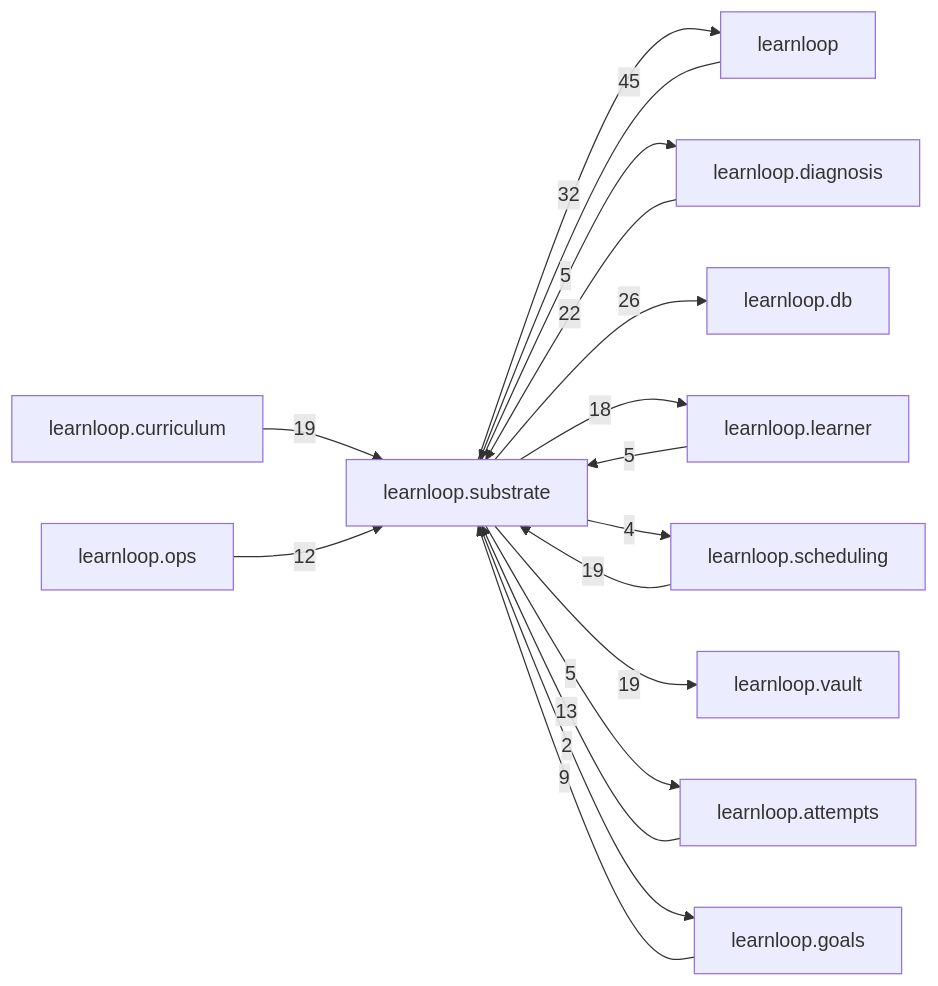
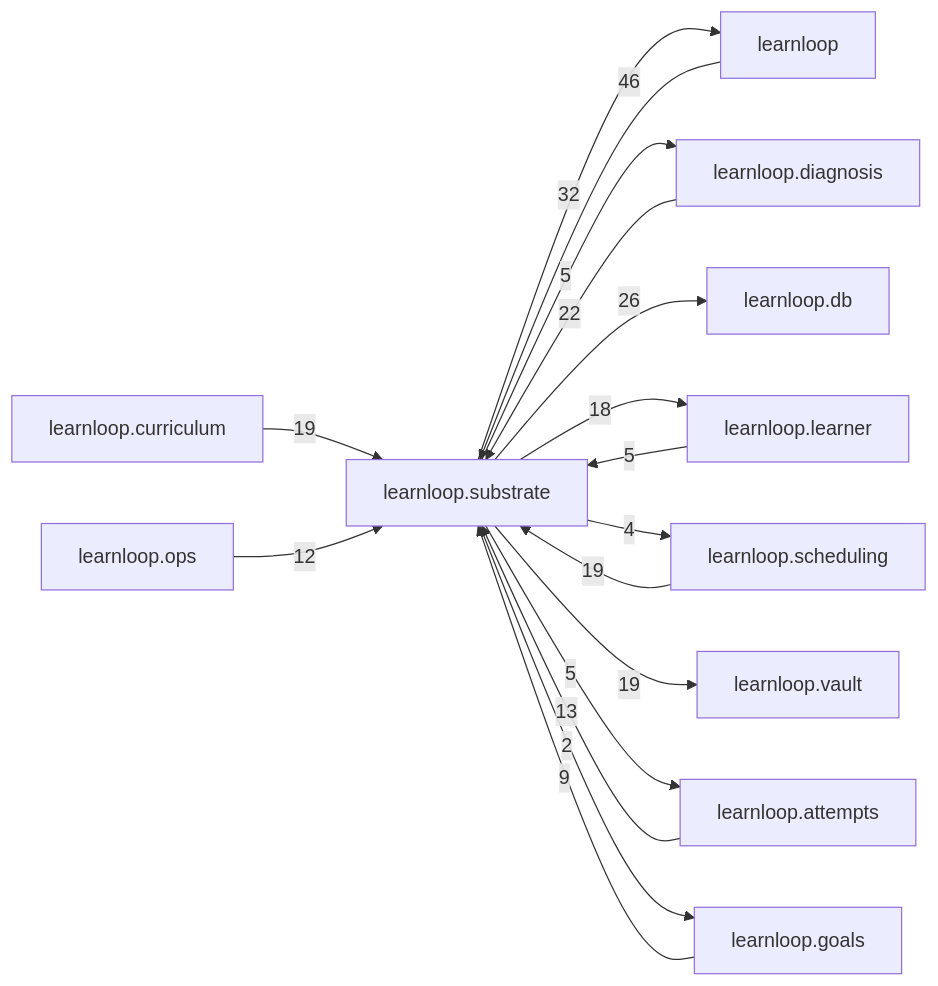
One commit to 6up-b/learnanything changed the diagram in docs/learnloop-architecture-vault/Reference/Modules/learnloop/substrate/_package.md. Above: the diagram before and after it, drawn with Mermaid. The commit also changed other lines of this file and 101 other files, not shown here.

First line of the commit message:
Figure wait estimate: references regenerated on the committed source (module, desktop, db; the config notes cite schema.py's moved lines, the new switch and module notes, _generated.md)

````diff
--- a/docs/learnloop-architecture-vault/Reference/Modules/learnloop/substrate/_package.md
+++ b/docs/learnloop-architecture-vault/Reference/Modules/learnloop/substrate/_package.md
@@ -165,30 +165,30 @@
 ```mermaid
 flowchart LR
     center["learnloop.substrate"]
     n_learnloop["learnloop"]
     n_learnloop_diagnosis["learnloop.diagnosis"]
     n_learnloop_db["learnloop.db"]
     n_learnloop_learner["learnloop.learner"]
     n_learnloop_scheduling["learnloop.scheduling"]
     n_learnloop_curriculum["learnloop.curriculum"]
     n_learnloop_vault["learnloop.vault"]
     n_learnloop_attempts["learnloop.attempts"]
     n_learnloop_ops["learnloop.ops"]
     n_learnloop_goals["learnloop.goals"]
-    n_learnloop -->|45| center
+    n_learnloop -->|46| center
     center -->|32| n_learnloop
     n_learnloop_diagnosis -->|22| center
     center -->|5| n_learnloop_diagnosis
     center -->|26| n_learnloop_db
     n_learnloop_learner -->|5| center
     center -->|18| n_learnloop_learner
     n_learnloop_scheduling -->|19| center
     center -->|4| n_learnloop_scheduling
     n_learnloop_curriculum -->|19| center
     center -->|19| n_learnloop_vault
     n_learnloop_attempts -->|13| center
     center -->|5| n_learnloop_attempts
     n_learnloop_ops -->|12| center
     n_learnloop_goals -->|9| center
     center -->|2| n_learnloop_goals
 ```
````
